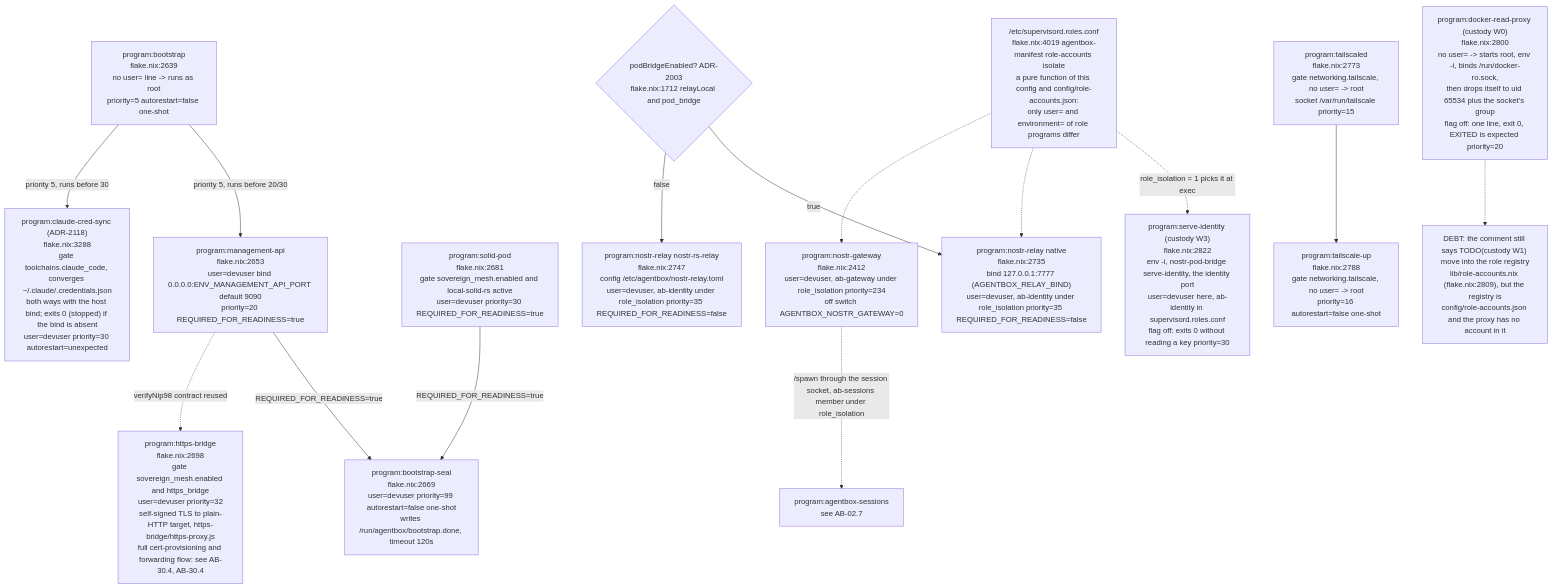
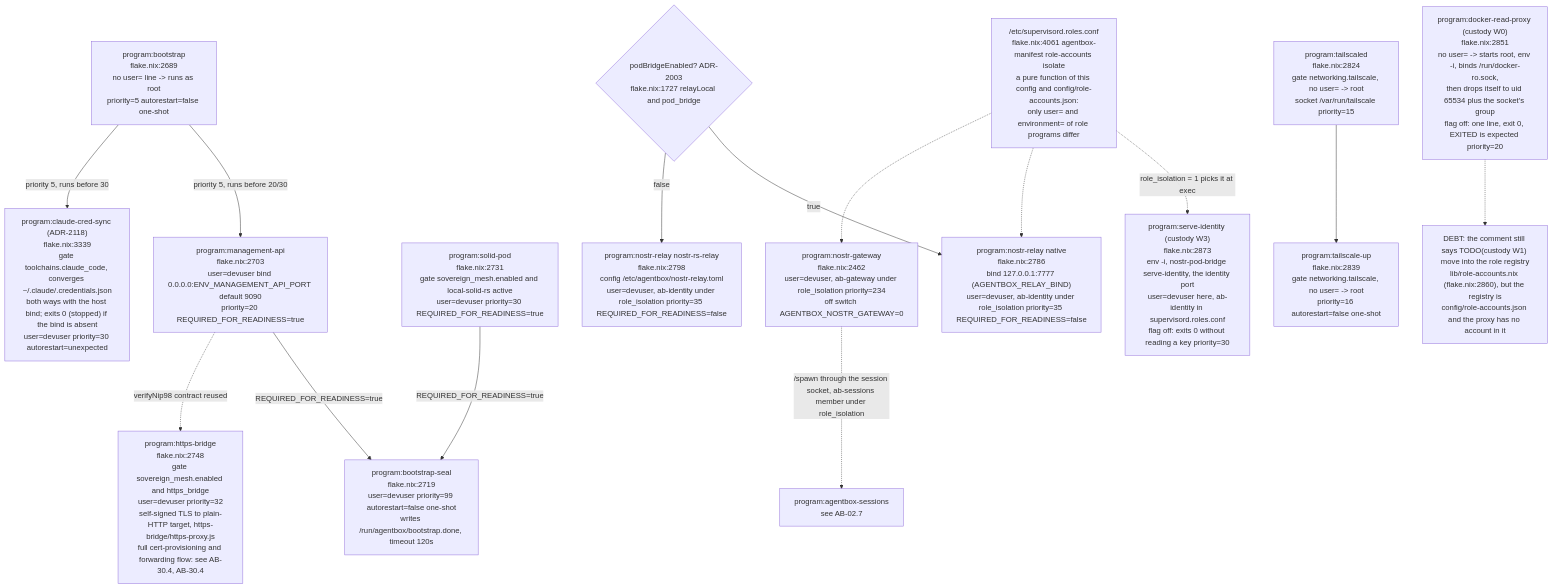
Before and after one commit to DreamLab-AI/VisionFlow: the fourth of 21 diagrams in docs/diagrams/agentbox/02-boot-sequence-and-readiness.md, drawn with Mermaid. The commit also changed other lines of this file and 36 other files, not shown here.

First line of the commit message:
docs(diagrams): re-derive and re-stamp agentbox, dream-engine, visioncraft, visiontouch and vowl topics; drop LAN addresses

````diff
--- a/docs/diagrams/agentbox/02-boot-sequence-and-readiness.md
+++ b/docs/diagrams/agentbox/02-boot-sequence-and-readiness.md
@@ -274,32 +274,32 @@
 ```mermaid
 flowchart TB
-    BOOT["program:bootstrap<br/>flake.nix:2639<br/>no user= line -&gt; runs as root<br/>priority=5 autorestart=false one-shot"]
-    MGMT["program:management-api<br/>flake.nix:2653<br/>user=devuser bind 0.0.0.0:ENV_MANAGEMENT_API_PORT default 9090<br/>priority=20 REQUIRED_FOR_READINESS=true"]
-    CRED["program:claude-cred-sync (ADR-2118)<br/>flake.nix:3288<br/>gate toolchains.claude_code, converges ~/.claude/.credentials.json<br/>both ways with the host bind; exits 0 (stopped) if the bind is absent<br/>user=devuser priority=30 autorestart=unexpected"]
-    SEAL["program:bootstrap-seal<br/>flake.nix:2669<br/>user=devuser priority=99 autorestart=false one-shot<br/>writes /run/agentbox/bootstrap.done, timeout 120s"]
-    SOLID["program:solid-pod<br/>flake.nix:2681<br/>gate sovereign_mesh.enabled and local-solid-rs active<br/>user=devuser priority=30 REQUIRED_FOR_READINESS=true"]
-    HTTPSB["program:https-bridge<br/>flake.nix:2698<br/>gate sovereign_mesh.enabled and https_bridge<br/>user=devuser priority=32<br/>self-signed TLS to plain-HTTP target, https-bridge/https-proxy.js<br/>full cert-provisioning and forwarding flow: see AB-30.4, AB-30.4"]
-    GATERELAY{"podBridgeEnabled? ADR-2003<br/>flake.nix:1712 relayLocal and pod_bridge"}
-    NRELAY1["program:nostr-relay native<br/>flake.nix:2735<br/>bind 127.0.0.1:7777 (AGENTBOX_RELAY_BIND)<br/>user=devuser, ab-identity under role_isolation priority=35 REQUIRED_FOR_READINESS=false"]
-    NRELAY2["program:nostr-relay nostr-rs-relay<br/>flake.nix:2747<br/>config /etc/agentbox/nostr-relay.toml<br/>user=devuser, ab-identity under role_isolation priority=35 REQUIRED_FOR_READINESS=false"]
-    NGW["program:nostr-gateway<br/>flake.nix:2412<br/>user=devuser, ab-gateway under role_isolation priority=234<br/>off switch AGENTBOX_NOSTR_GATEWAY=0"]
-    DRP["program:docker-read-proxy (custody W0)<br/>flake.nix:2800<br/>no user= -&gt; starts root, env -i, binds /run/docker-ro.sock,<br/>then drops itself to uid 65534 plus the socket's group<br/>flag off: one line, exit 0, EXITED is expected priority=20"]
-    SID["program:serve-identity (custody W3)<br/>flake.nix:2822<br/>env -i, nostr-pod-bridge serve-identity, the identity port<br/>user=devuser here, ab-identity in supervisord.roles.conf<br/>flag off: exits 0 without reading a key priority=30"]
-    ISO["/etc/supervisord.roles.conf<br/>flake.nix:4019 agentbox-manifest role-accounts isolate<br/>a pure function of this config and config/role-accounts.json:<br/>only user= and environment= of role programs differ"]
-    TSD["program:tailscaled<br/>flake.nix:2773<br/>gate networking.tailscale, no user= -&gt; root<br/>socket /var/run/tailscale priority=15"]
-    TSU["program:tailscale-up<br/>flake.nix:2788<br/>gate networking.tailscale, no user= -&gt; root<br/>priority=16 autorestart=false one-shot"]
+    BOOT["program:bootstrap<br/>flake.nix:2689<br/>no user= line -&gt; runs as root<br/>priority=5 autorestart=false one-shot"]
+    MGMT["program:management-api<br/>flake.nix:2703<br/>user=devuser bind 0.0.0.0:ENV_MANAGEMENT_API_PORT default 9090<br/>priority=20 REQUIRED_FOR_READINESS=true"]
+    CRED["program:claude-cred-sync (ADR-2118)<br/>flake.nix:3339<br/>gate toolchains.claude_code, converges ~/.claude/.credentials.json<br/>both ways with the host bind; exits 0 (stopped) if the bind is absent<br/>user=devuser priority=30 autorestart=unexpected"]
+    SEAL["program:bootstrap-seal<br/>flake.nix:2719<br/>user=devuser priority=99 autorestart=false one-shot<br/>writes /run/agentbox/bootstrap.done, timeout 120s"]
+    SOLID["program:solid-pod<br/>flake.nix:2731<br/>gate sovereign_mesh.enabled and local-solid-rs active<br/>user=devuser priority=30 REQUIRED_FOR_READINESS=true"]
+    HTTPSB["program:https-bridge<br/>flake.nix:2748<br/>gate sovereign_mesh.enabled and https_bridge<br/>user=devuser priority=32<br/>self-signed TLS to plain-HTTP target, https-bridge/https-proxy.js<br/>full cert-provisioning and forwarding flow: see AB-30.4, AB-30.4"]
+    GATERELAY{"podBridgeEnabled? ADR-2003<br/>flake.nix:1727 relayLocal and pod_bridge"}
+    NRELAY1["program:nostr-relay native<br/>flake.nix:2786<br/>bind 127.0.0.1:7777 (AGENTBOX_RELAY_BIND)<br/>user=devuser, ab-identity under role_isolation priority=35 REQUIRED_FOR_READINESS=false"]
+    NRELAY2["program:nostr-relay nostr-rs-relay<br/>flake.nix:2798<br/>config /etc/agentbox/nostr-relay.toml<br/>user=devuser, ab-identity under role_isolation priority=35 REQUIRED_FOR_READINESS=false"]
+    NGW["program:nostr-gateway<br/>flake.nix:2462<br/>user=devuser, ab-gateway under role_isolation priority=234<br/>off switch AGENTBOX_NOSTR_GATEWAY=0"]
+    DRP["program:docker-read-proxy (custody W0)<br/>flake.nix:2851<br/>no user= -&gt; starts root, env -i, binds /run/docker-ro.sock,<br/>then drops itself to uid 65534 plus the socket's group<br/>flag off: one line, exit 0, EXITED is expected priority=20"]
+    SID["program:serve-identity (custody W3)<br/>flake.nix:2873<br/>env -i, nostr-pod-bridge serve-identity, the identity port<br/>user=devuser here, ab-identity in supervisord.roles.conf<br/>flag off: exits 0 without reading a key priority=30"]
+    ISO["/etc/supervisord.roles.conf<br/>flake.nix:4061 agentbox-manifest role-accounts isolate<br/>a pure function of this config and config/role-accounts.json:<br/>only user= and environment= of role programs differ"]
+    TSD["program:tailscaled<br/>flake.nix:2824<br/>gate networking.tailscale, no user= -&gt; root<br/>socket /var/run/tailscale priority=15"]
+    TSU["program:tailscale-up<br/>flake.nix:2839<br/>gate networking.tailscale, no user= -&gt; root<br/>priority=16 autorestart=false one-shot"]
 
     BOOT -->|"priority 5, runs before 20/30"| MGMT
     BOOT -->|"priority 5, runs before 30"| CRED
     MGMT -->|"REQUIRED_FOR_READINESS=true"| SEAL
     SOLID -->|"REQUIRED_FOR_READINESS=true"| SEAL
     GATERELAY -->|true| NRELAY1
     GATERELAY -->|false| NRELAY2
     MGMT -.->|"verifyNip98 contract reused"| HTTPSB
     TSD --> TSU
     NGW -.->|"/spawn through the session socket, ab-sessions member under role_isolation"| SESSREF["program:agentbox-sessions<br/>see AB-02.7"]
     ISO -.->|"role_isolation = 1 picks it at exec"| SID
     ISO -.-> NRELAY1
     ISO -.-> NGW
-    DRP -.-> N1["DEBT: the comment still says TODO(custody W1) move into the role registry<br/>lib/role-accounts.nix (flake.nix:2809), but the registry is<br/>config/role-accounts.json and the proxy has no account in it"]
+    DRP -.-> N1["DEBT: the comment still says TODO(custody W1) move into the role registry<br/>lib/role-accounts.nix (flake.nix:2860), but the registry is<br/>config/role-accounts.json and the proxy has no account in it"]
 ```
````
